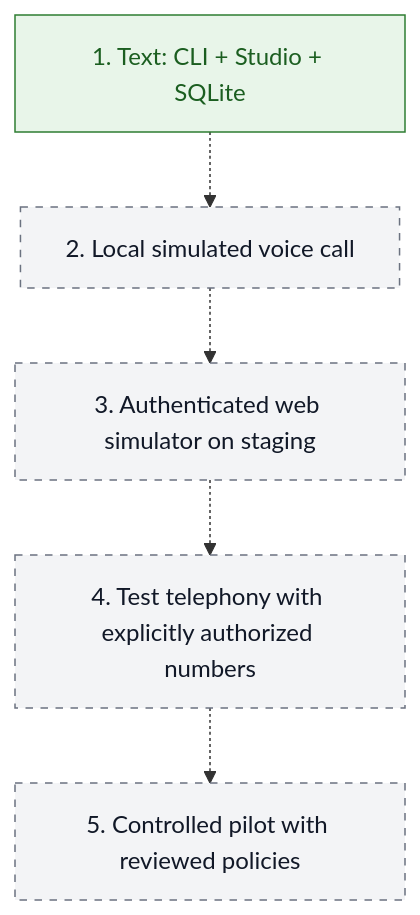
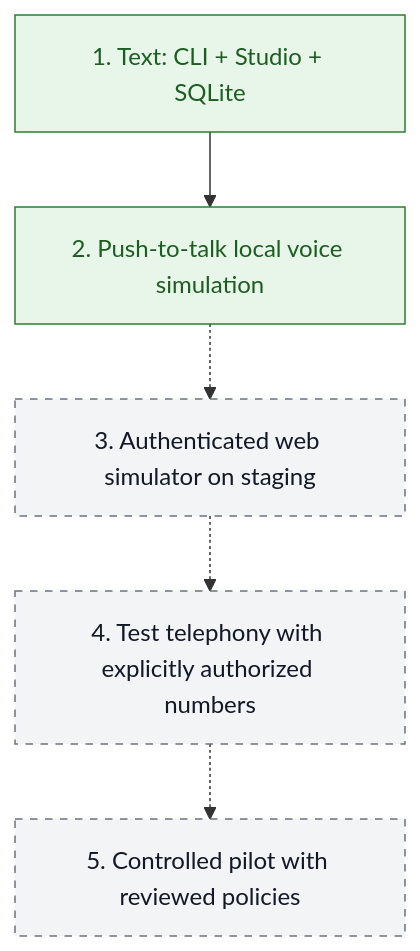
Before and after one commit to sergiomorapardo/AgenticDebtCollection: the first of 2 diagrams in docs/ROADMAP.md, drawn with Mermaid. The commit also changed other lines of this file and 9 other files, not shown here.

First line of the commit message:
feat(voice): add a local ElevenLabs call interface (#31)

````diff
--- a/docs/ROADMAP.md
+++ b/docs/ROADMAP.md
@@ -5,11 +5,11 @@
 ```mermaid
 flowchart TD
-    A[1. Text: CLI + Studio + SQLite] -.-> B[2. Local simulated voice call]
+    A[1. Text: CLI + Studio + SQLite] --> B[2. Push-to-talk local voice simulation]
     B -.-> C[3. Authenticated web simulator on staging]
     C -.-> D[4. Test telephony with explicitly authorized numbers]
     D -.-> E[5. Controlled pilot with reviewed policies]
     classDef ready fill:#e8f5e9,stroke:#2e7d32,color:#1b5e20
     classDef planned fill:#f3f4f6,stroke:#6b7280,color:#111827,stroke-dasharray:5 5
-    class A ready
-    class B,C,D,E planned
+    class A,B ready
+    class C,D,E planned
 ```
````
